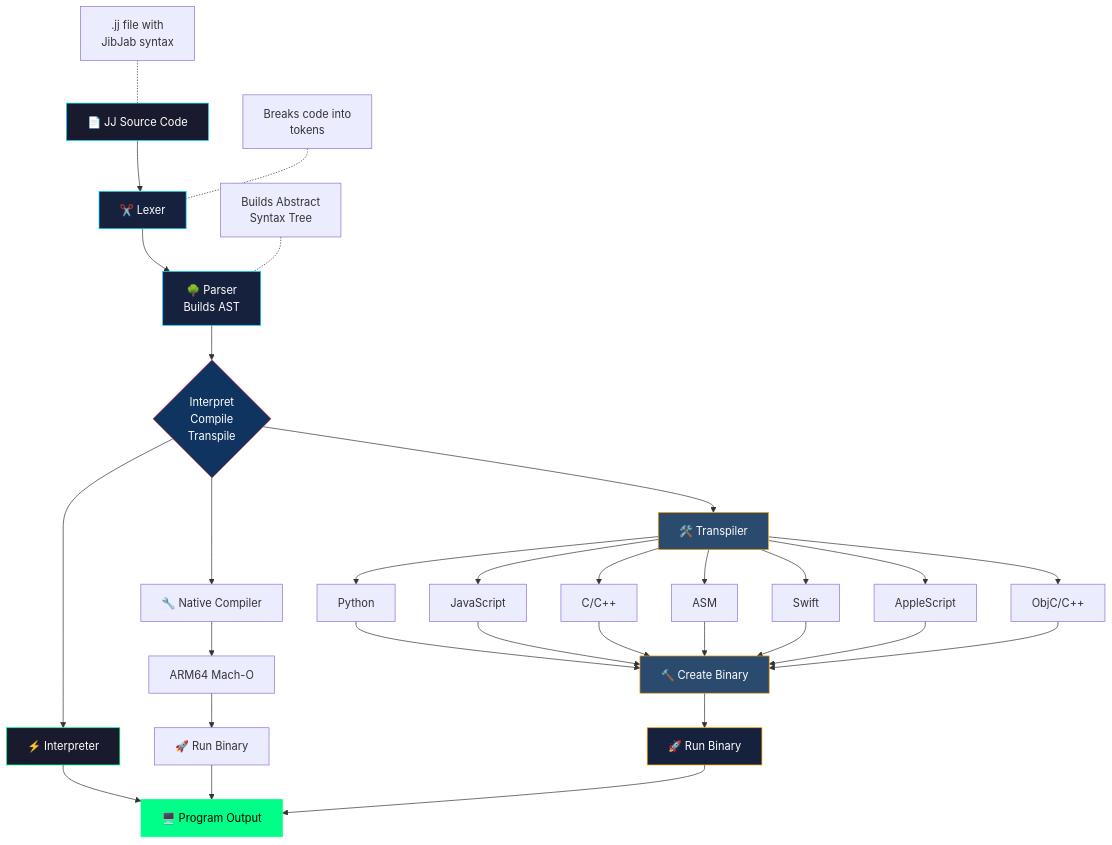
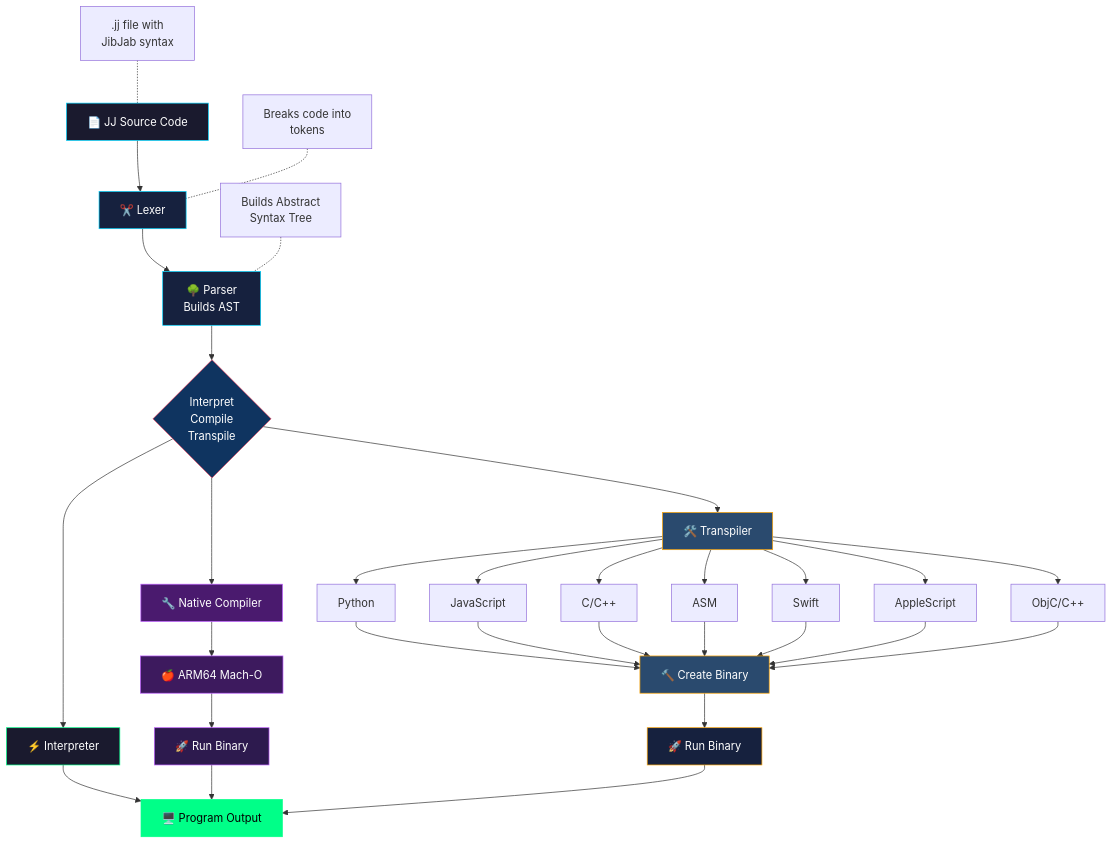
One commit to SuperBox64/JibberJabber changed the diagram in README.md. Above: the diagram before and after it, drawn with Mermaid.

Commit message:
Add purple styling and Apple emoji to native compiler path in diagram
- Native Compiler → ARM64 Mach-O → Run Binary now purple/violet
- Added 🍎 emoji to ARM64 Mach-O

````diff
--- a/README.md
+++ b/README.md
@@ -347,48 +347,52 @@
 ```mermaid
 flowchart TD
     A[📄 JJ Source Code] --> B[✂️  Lexer]
     B --> C[🌳 Parser<br>Builds AST]
     C --> D{Interpret<br>Compile<br>Transpile}
 
     A1[".jj file with<br>JibJab syntax"] -.- A
     B1["Breaks code into<br>tokens"] -.- B
     C1["Builds Abstract<br>Syntax Tree"] -.- C
 
     D --> E[⚡ Interpreter]
     E --> F[🖥️  Program Output]
 
     D --> N1[🔧 Native Compiler]
-    N1 --> N2[ARM64 Mach-O]
+    N1 --> N2[🍎 ARM64 Mach-O]
     N2 --> N3[🚀 Run Binary]
     N3 --> F
 
     D --> G[🛠️ Transpiler]
     G --> H[Python]
     G --> I[JavaScript]
     G --> J[C/C++]
     G --> K[ASM]
     G --> L[Swift]
     G --> P[AppleScript]
     G --> Q[ObjC/C++]
 
     H --> M[🔨 Create Binary]
     I --> M
     J --> M
     K --> M
     L --> M
     P --> M
     Q --> M
     M --> N[🚀 Run Binary]
     N --> F
 
+    style N1 fill:#4a1a6e,stroke:#bf5fff,color:#fff
+    style N2 fill:#3d1a5e,stroke:#bf5fff,color:#fff
+    style N3 fill:#2d1a4e,stroke:#bf5fff,color:#fff
+
     style M fill:#2a4a6e,stroke:#ffa500,color:#fff
     style N fill:#16213e,stroke:#ffa500,color:#fff
 
     style A fill:#1a1a2e,stroke:#00d4ff,color:#fff
     style B fill:#16213e,stroke:#00d4ff,color:#fff
     style C fill:#16213e,stroke:#00d4ff,color:#fff
     style D fill:#0f3460,stroke:#e94560,color:#fff
     style E fill:#1a1a2e,stroke:#00ff88,color:#fff
     style F fill:#00ff88,stroke:#00ff88,color:#000
     style G fill:#2a4a6e,stroke:#ffa500,color:#fff
 ```
````
